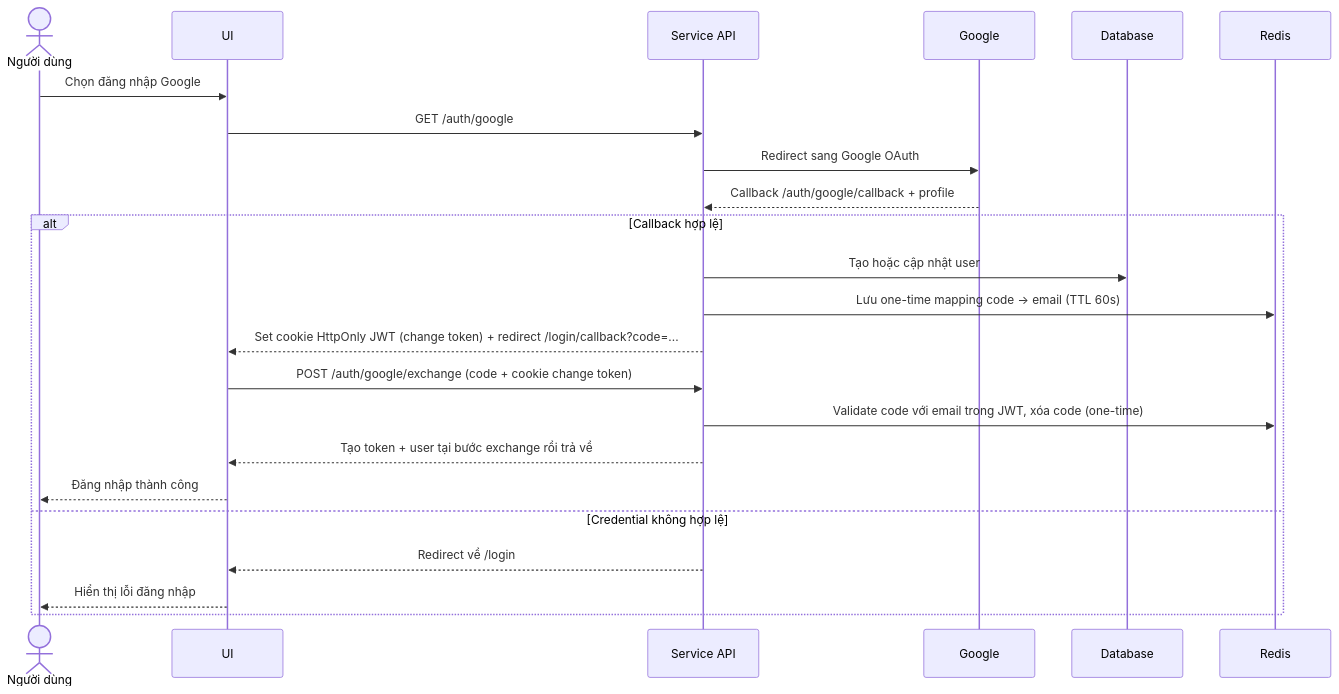
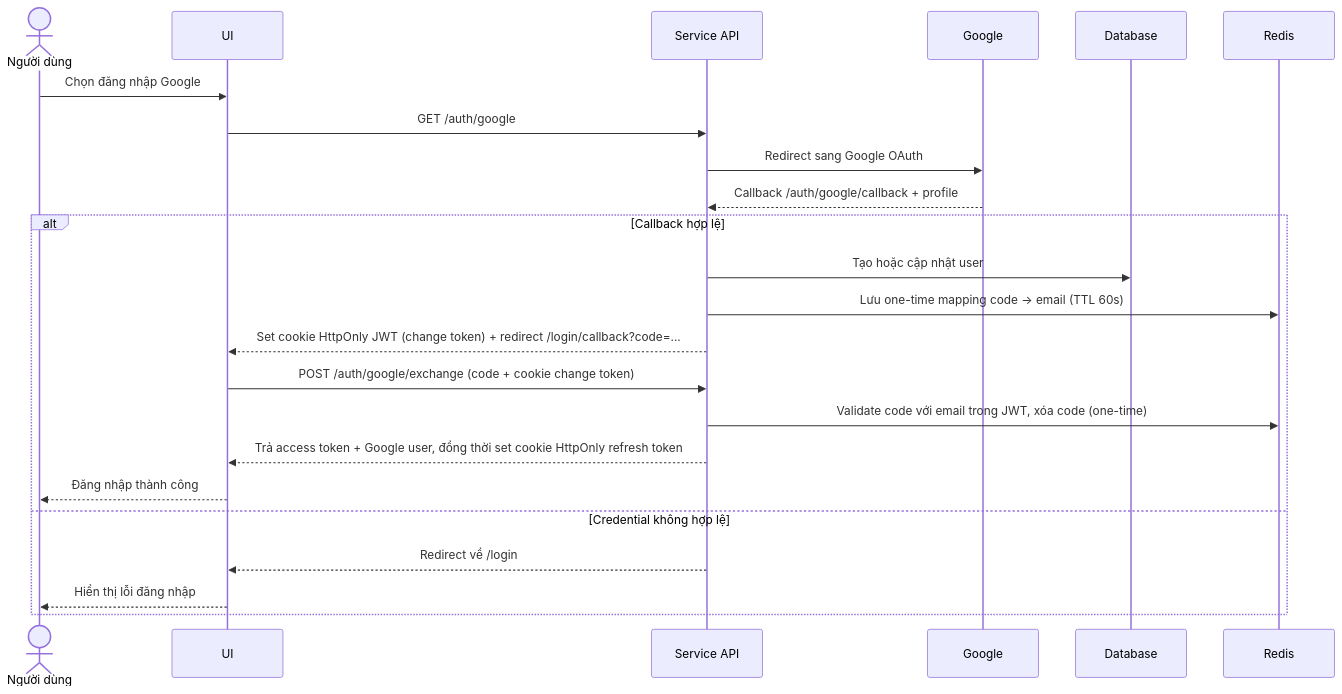
One commit to CVThien2k2/joytab changed the second of 6 diagrams in docs/thiet-ke-he-thong-20260522.md. Above: the diagram before and after it, drawn with Mermaid. The commit also changed 14 other files, not shown here.

````diff
--- a/docs/thiet-ke-he-thong-20260522.md
+++ b/docs/thiet-ke-he-thong-20260522.md
@@ -40,26 +40,26 @@
 ```mermaid
 sequenceDiagram
   actor ND as Người dùng
   participant UI
   participant API as Service API
   participant GG as Google
   participant DB as Database
   participant RD as Redis
 
   ND->>UI: Chọn đăng nhập Google
   UI->>API: GET /auth/google
   API->>GG: Redirect sang Google OAuth
   GG-->>API: Callback /auth/google/callback + profile
   alt Callback hợp lệ
     API->>DB: Tạo hoặc cập nhật user
     API->>RD: Lưu one-time mapping code -> email (TTL 60s)
     API-->>UI: Set cookie HttpOnly JWT (change token) + redirect /login/callback?code=...
     UI->>API: POST /auth/google/exchange (code + cookie change token)
     API->>RD: Validate code với email trong JWT, xóa code (one-time)
-    API-->>UI: Tạo token + user tại bước exchange rồi trả về
+    API-->>UI: Trả access token + Google user, đồng thời set cookie HttpOnly refresh token
     UI-->>ND: Đăng nhập thành công
   else Credential không hợp lệ
     API-->>UI: Redirect về /login
     UI-->>ND: Hiển thị lỗi đăng nhập
   end
 ```
````
